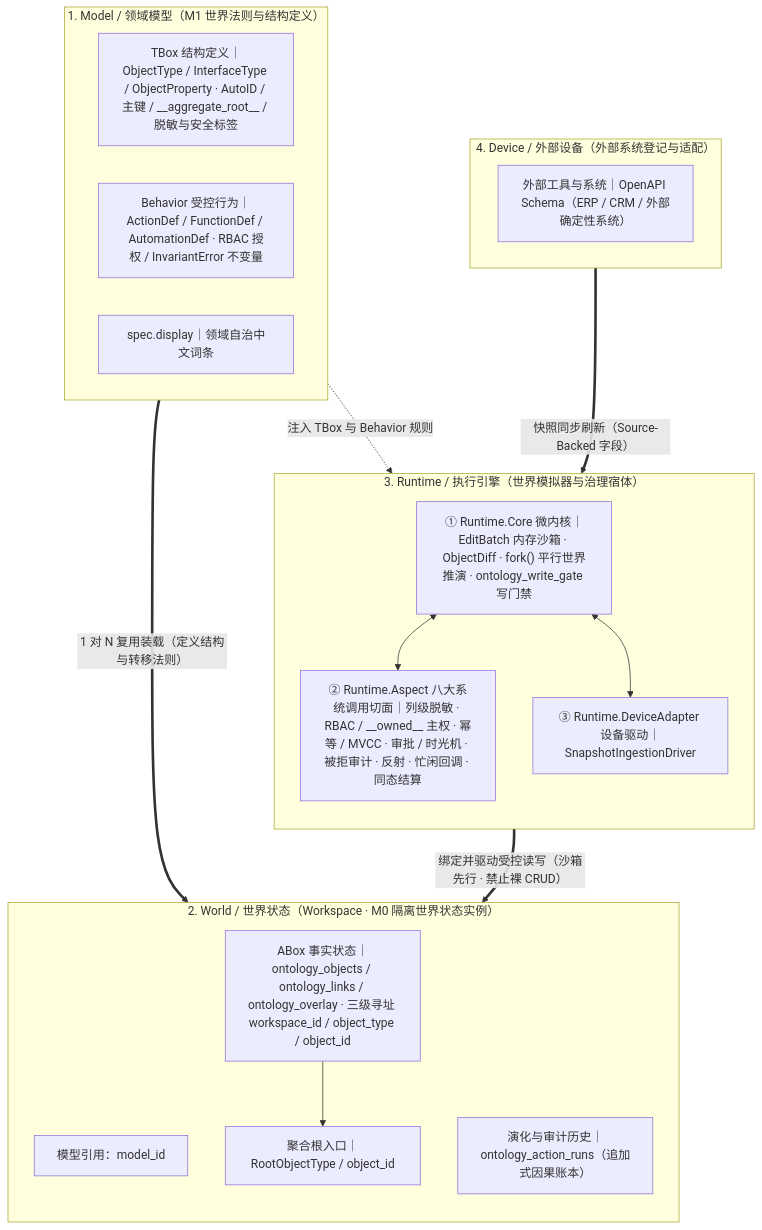
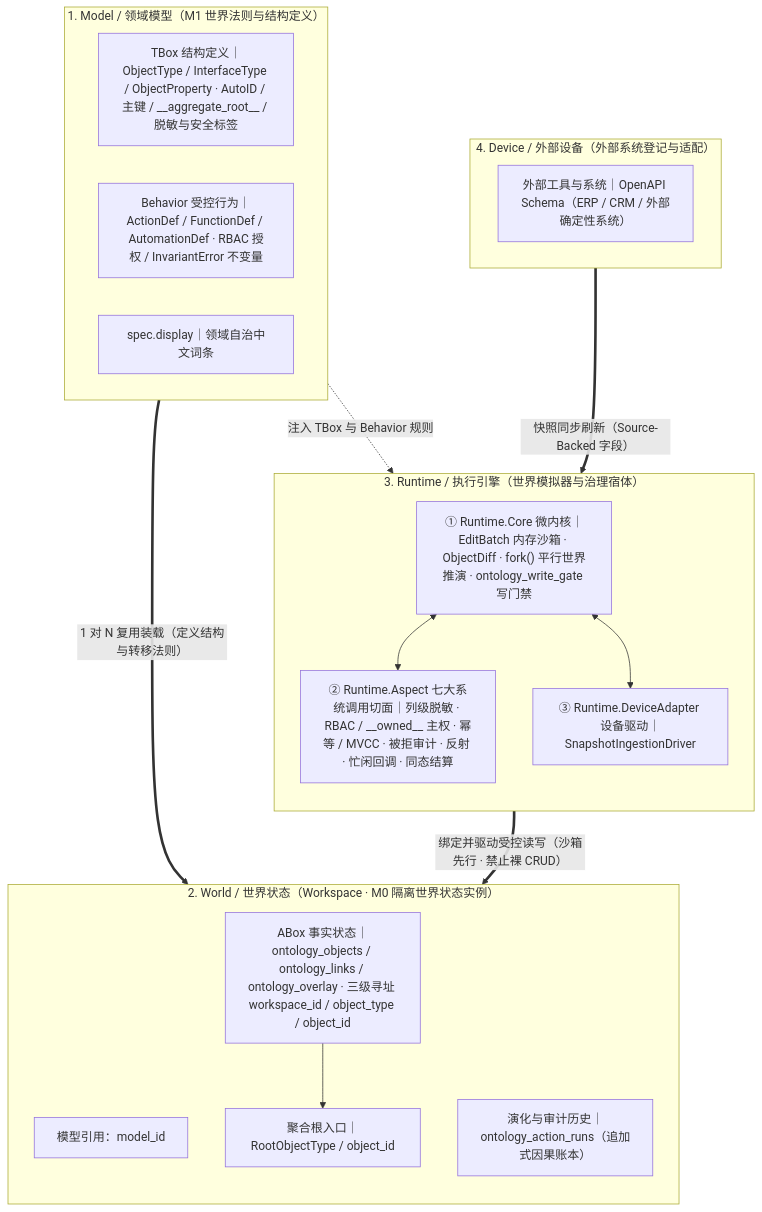
The first of 3 diagrams in docs/ARCHITECTURE.md (guci314/openontology), drawn with Mermaid before and after one commit. The commit also changed other lines of this file and 46 other files, not shown here.

````diff
--- a/docs/ARCHITECTURE.md
+++ b/docs/ARCHITECTURE.md
@@ -22,37 +22,37 @@
 ```mermaid
 flowchart TB
     subgraph MODEL["1. Model / 领域模型（M1 世界法则与结构定义）"]
         direction LR
         TBOX["TBox 结构定义｜ObjectType / InterfaceType / ObjectProperty · AutoID / 主键 / __aggregate_root__ / 脱敏与安全标签"]
         BEHAVIOR["Behavior 受控行为｜ActionDef / FunctionDef / AutomationDef · RBAC 授权 / InvariantError 不变量"]
         DISPLAY["spec.display｜领域自治中文词条"]
     end
 
     subgraph WORLD["2. World / 世界状态（Workspace · M0 隔离世界状态实例）"]
         direction TB
         MODEL_REF["模型引用：model_id"]
         ABOX["ABox 事实状态｜ontology_objects / ontology_links / ontology_overlay · 三级寻址 workspace_id / object_type / object_id"]
         ROOT["聚合根入口｜RootObjectType / object_id"]
         HISTORY["演化与审计历史｜ontology_action_runs（追加式因果账本）"]
         ABOX --> ROOT
     end
 
     subgraph RUNTIME["3. Runtime / 执行引擎（世界模拟器与治理宿体）"]
         direction TB
         CORE["① Runtime.Core 微内核｜EditBatch 内存沙箱 · ObjectDiff · fork() 平行世界推演 · ontology_write_gate 写门禁"]
-        ASPECT["② Runtime.Aspect 八大系统调用切面｜列级脱敏 · RBAC / __owned__ 主权 · 幂等 / MVCC · 审批 / 时光机 · 被拒审计 · 反射 · 忙闲回调 · 同态结算"]
+        ASPECT["② Runtime.Aspect 七大系统调用切面｜列级脱敏 · RBAC / __owned__ 主权 · 幂等 / MVCC · 被拒审计 · 反射 · 忙闲回调 · 同态结算"]
         ADAPTER["③ Runtime.DeviceAdapter 设备驱动｜SnapshotIngestionDriver"]
         CORE <--> ASPECT
         CORE <--> ADAPTER
     end
 
     subgraph DEVICE["4. Device / 外部设备（外部系统登记与适配）"]
         direction LR
         SYMBOLIC["外部工具与系统｜OpenAPI Schema（ERP / CRM / 外部确定性系统）"]
     end
 
     MODEL ==>|"1 对 N 复用装载（定义结构与转移法则）"| WORLD
     MODEL -.->|"注入 TBox 与 Behavior 规则"| CORE
     RUNTIME ==>|"绑定并驱动受控读写（沙箱先行 · 禁止裸 CRUD）"| WORLD
     SYMBOLIC ==>|"快照同步刷新（Source-Backed 字段）"| ADAPTER
 ```
````
